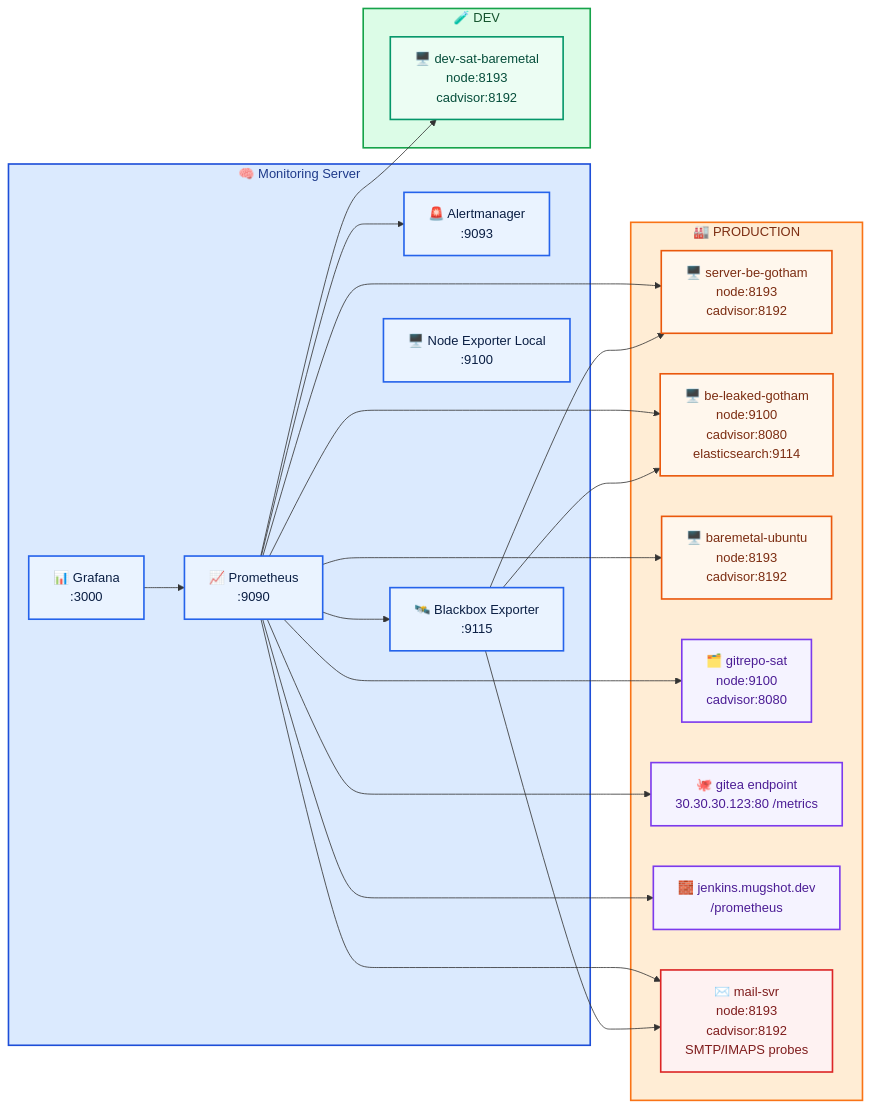
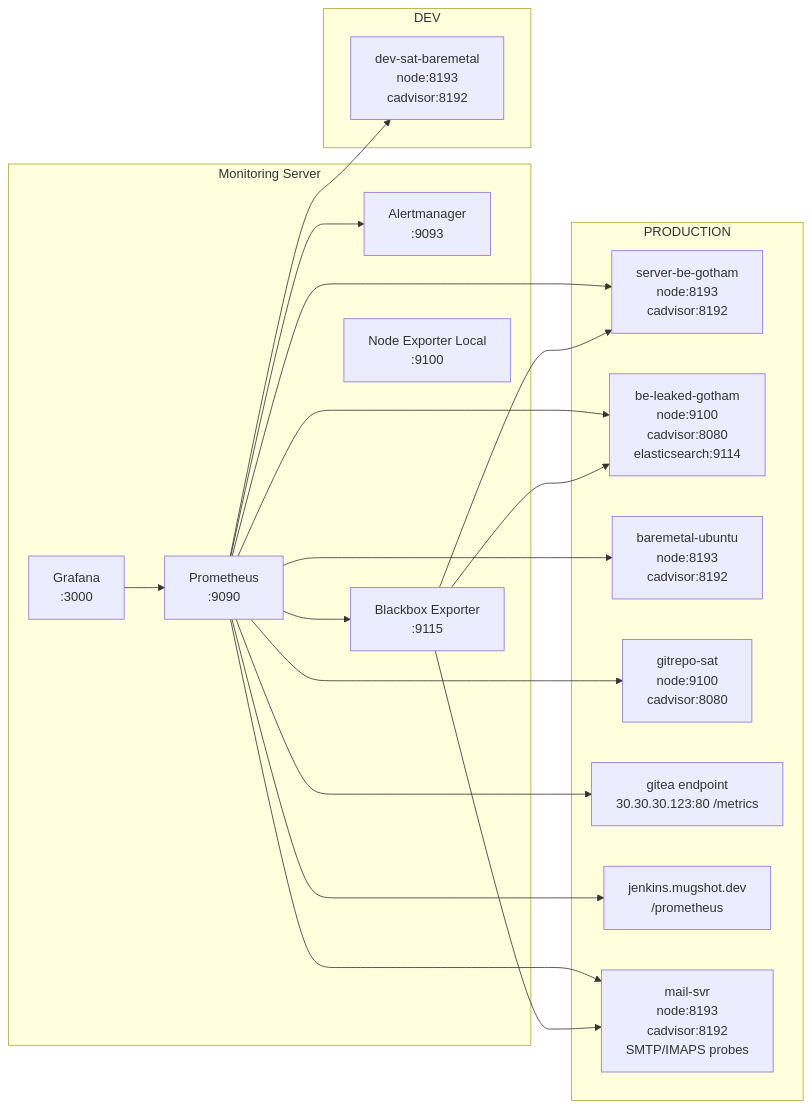
Before and after one commit to BataraKresn/infrastructure-monitoring-stack: the diagram in README.md, drawn with Mermaid. The commit also changed other lines of this file, not shown here.

Commit message:
second commit

````diff
--- a/README.md
+++ b/README.md
@@ -45,57 +49,41 @@
 ```mermaid
 flowchart LR
-  subgraph MON[🧠 Monitoring Server]
-    P[📈 Prometheus\n:9090]
-    A[🚨 Alertmanager\n:9093]
-    G[📊 Grafana\n:3000]
-    B[🛰️ Blackbox Exporter\n:9115]
-    N0[🖥️ Node Exporter Local\n:9100]
+  subgraph MON[Monitoring Server]
+    P[Prometheus\n:9090]
+    A[Alertmanager\n:9093]
+    G[Grafana\n:3000]
+    B[Blackbox Exporter\n:9115]
+    N0[Node Exporter Local\n:9100]
 
     P --> A
     G --> P
     P --> B
   end
 
-  subgraph DEV[🧪 DEV]
-    D1[🖥️ dev-sat-baremetal\nnode:8193\ncadvisor:8192]
+  subgraph DEV[DEV]
+    D1[dev-sat-baremetal\nnode:8193\ncadvisor:8192]
   end
 
-  subgraph PROD[🏭 PRODUCTION]
-    S1[🖥️ server-be-gotham\nnode:8193\ncadvisor:8192]
-    S2[🖥️ be-leaked-gotham\nnode:9100\ncadvisor:8080\nelasticsearch:9114]
-    S3[🖥️ baremetal-ubuntu\nnode:8193\ncadvisor:8192]
-    S4[🗂️ gitrepo-sat\nnode:9100\ncadvisor:8080]
-    S5[🐙 gitea endpoint\n30.30.30.123:80 /metrics]
-    S6[🧱 jenkins.mugshot.dev\n/prometheus]
-    M1[✉️ mail-svr\nnode:8193\ncadvisor:8192\nSMTP/IMAPS probes]
+  subgraph PROD[PRODUCTION]
+    S1[server-be-gotham\nnode:8193\ncadvisor:8192]
+    S2[be-leaked-gotham\nnode:9100\ncadvisor:8080\nelasticsearch:9114]
+    S3[baremetal-ubuntu\nnode:8193\ncadvisor:8192]
+    S4[gitrepo-sat\nnode:9100\ncadvisor:8080]
+    S5[gitea endpoint\n30.30.30.123:80 /metrics]
+    S6[jenkins.mugshot.dev\n/prometheus]
+    M1[mail-svr\nnode:8193\ncadvisor:8192\nSMTP/IMAPS probes]
   end
 
   P --> D1
   P --> S1
   P --> S2
   P --> S3
   P --> S4
   P --> S5
   P --> S6
   P --> M1
 
   B --> S1
   B --> S2
   B --> M1
-
-  classDef monitor fill:#EAF3FF,stroke:#2563EB,stroke-width:2px,color:#0B1F44;
-  classDef dev fill:#ECFDF3,stroke:#059669,stroke-width:2px,color:#064E3B;
-  classDef prod fill:#FFF7ED,stroke:#EA580C,stroke-width:2px,color:#7C2D12;
-  classDef app fill:#F5F3FF,stroke:#7C3AED,stroke-width:2px,color:#4C1D95;
-  classDef mail fill:#FEF2F2,stroke:#DC2626,stroke-width:2px,color:#7F1D1D;
-
-  class P,A,G,B,N0 monitor;
-  class D1 dev;
-  class S1,S2,S3 prod;
-  class S4,S5,S6 app;
-  class M1 mail;
-
-  style MON fill:#DBEAFE,stroke:#1D4ED8,stroke-width:2px,color:#1E3A8A
-  style DEV fill:#DCFCE7,stroke:#16A34A,stroke-width:2px,color:#14532D
-  style PROD fill:#FFEDD5,stroke:#F97316,stroke-width:2px,color:#7C2D12
 ```
````
